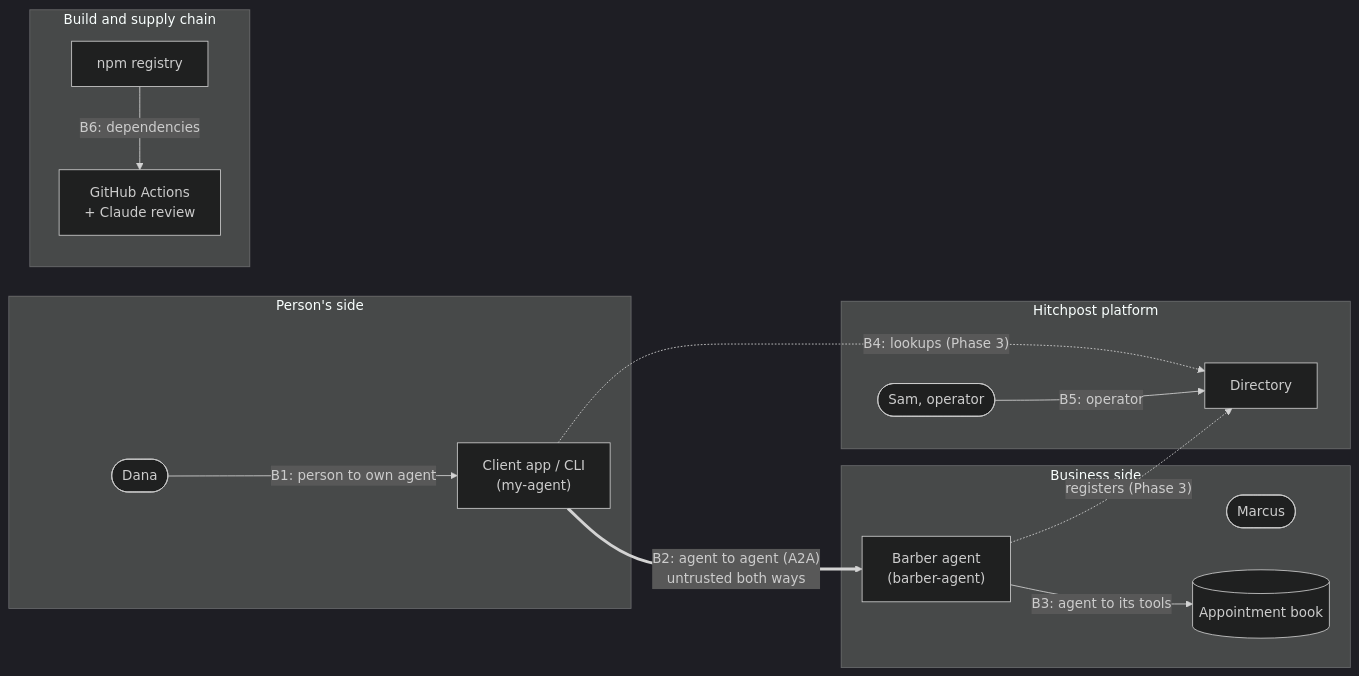
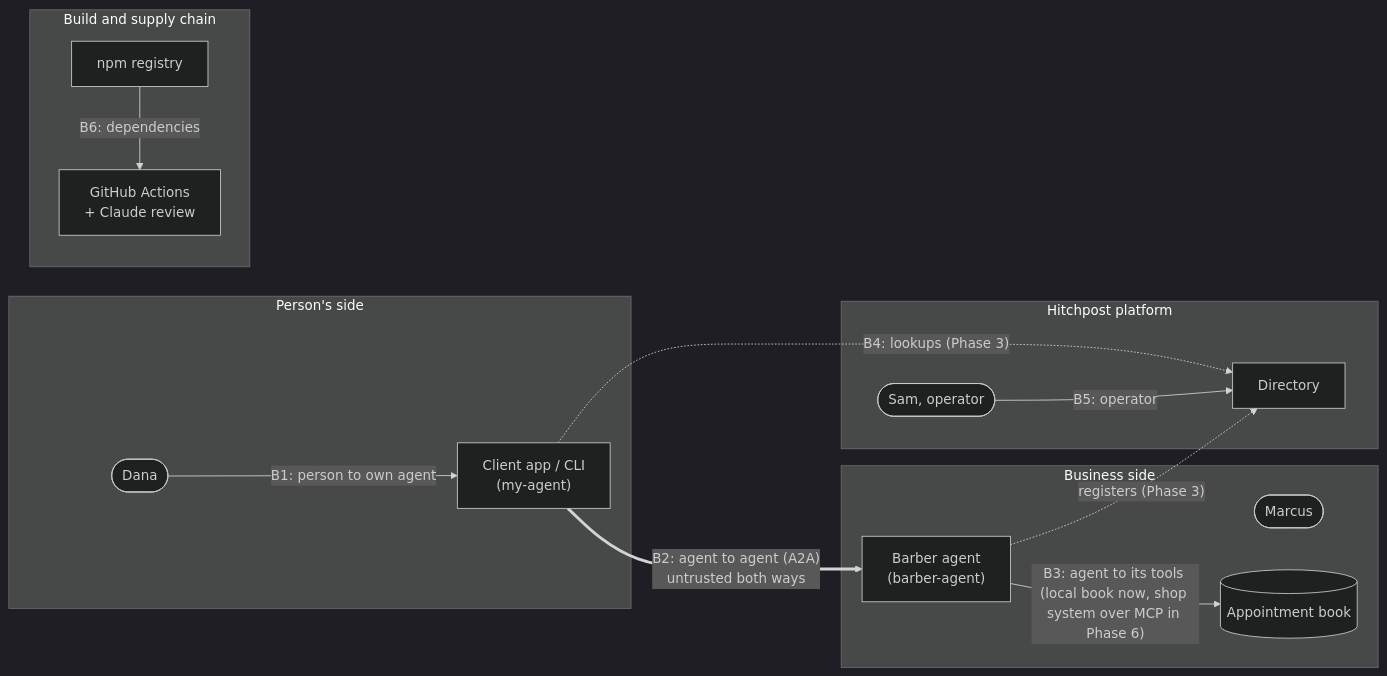
One commit to Jannisar01/hitchpost changed the diagram in docs/sad/12-security-and-privacy.md. Above: the diagram before and after it, drawn with Mermaid (dark theme). The commit also changed other lines of this file and 21 other files, not shown here.

````diff
--- a/docs/sad/12-security-and-privacy.md
+++ b/docs/sad/12-security-and-privacy.md
@@ -9,28 +18,28 @@
 ```mermaid
 flowchart LR
     subgraph Person["Person's side"]
         Dana([Dana])
         App["Client app / CLI<br/>(my-agent)"]
     end
     subgraph Business["Business side"]
         Marcus([Marcus])
         BA["Barber agent<br/>(barber-agent)"]
         Book[("Appointment book")]
     end
     subgraph Platform["Hitchpost platform"]
         Dir["Directory"]
         Ops([Sam, operator])
     end
     subgraph Supply["Build and supply chain"]
         GH["GitHub Actions<br/>+ Claude review"]
         NPM["npm registry"]
     end
 
     Dana -- "B1: person to own agent" --> App
     App == "B2: agent to agent (A2A)<br/>untrusted both ways" ==> BA
-    BA -- "B3: agent to its tools" --> Book
+    BA -- "B3: agent to its tools (local book now, shop system over MCP in Phase 6)" --> Book
     App -. "B4: lookups (Phase 3)" .-> Dir
     BA -. "registers (Phase 3)" .-> Dir
     Ops -- "B5: operator" --> Dir
     NPM -- "B6: dependencies" --> GH
 ```
````
